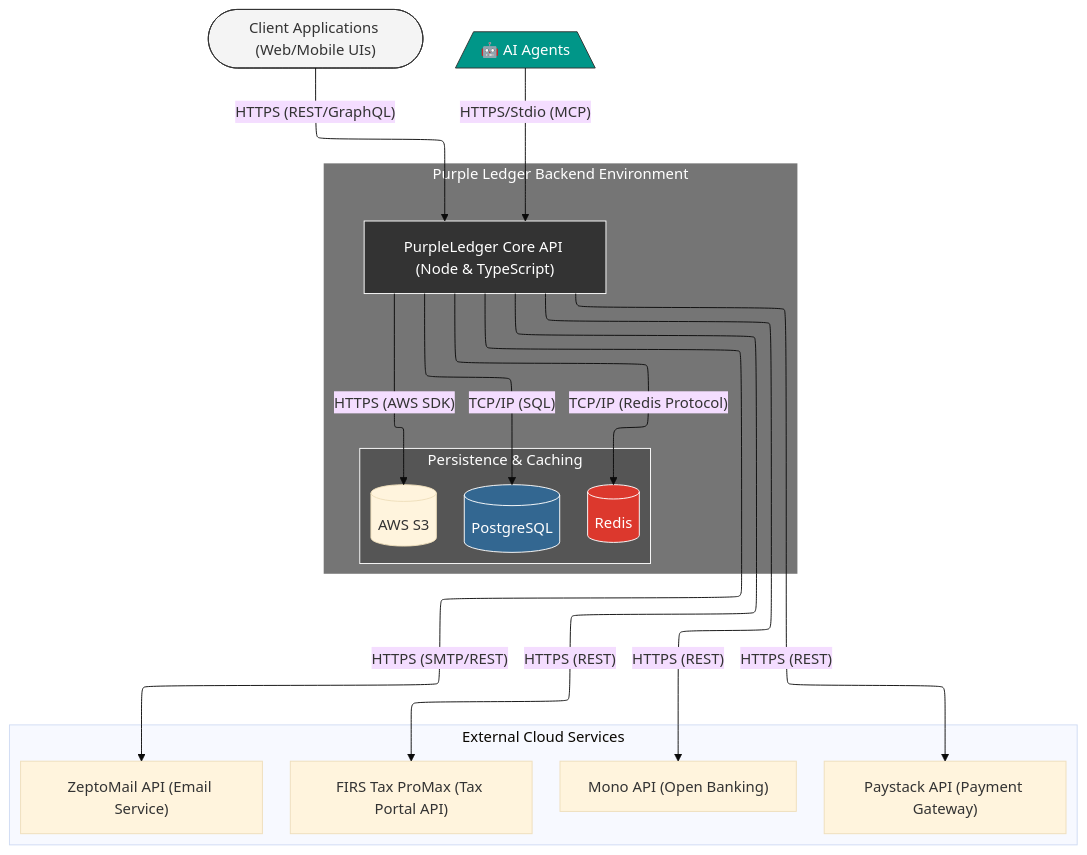
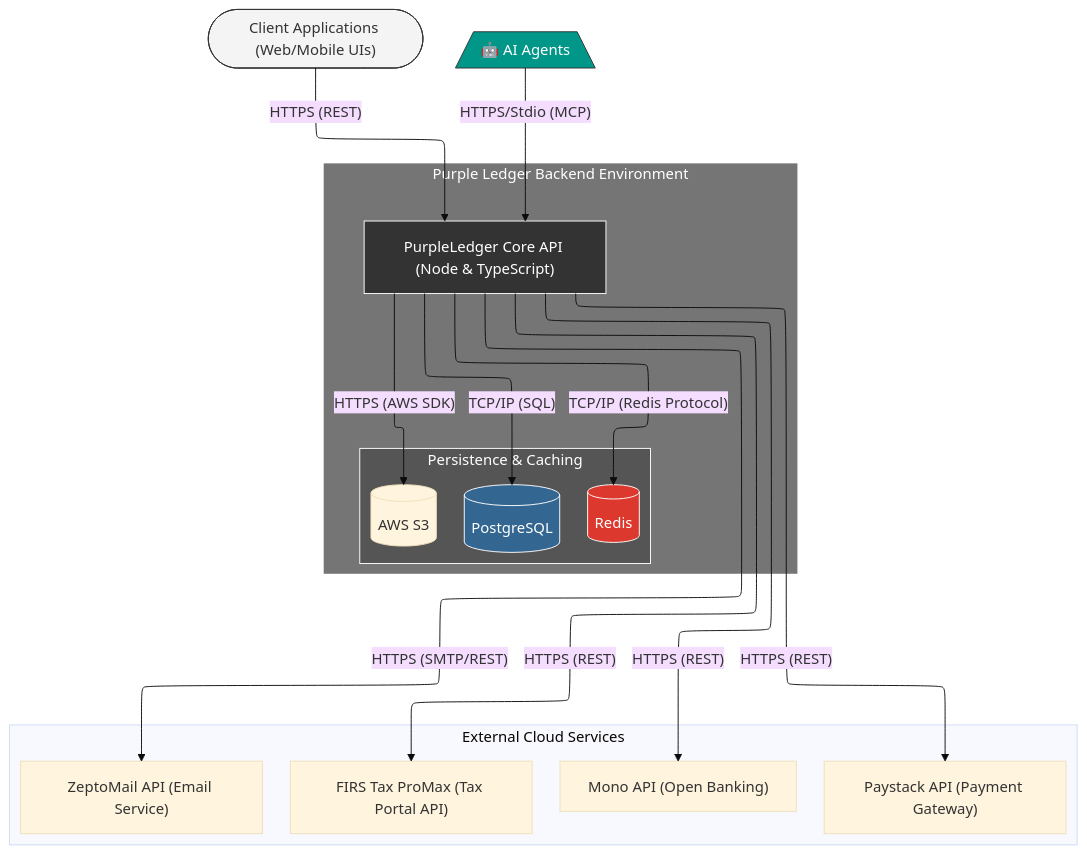
One commit to oosahon/drimsheet-core changed the diagram in docs/assets/03.2-technical-scope.mermaid. Above: the diagram before and after it, drawn with Mermaid (base theme). The commit also changed 476 other files, not shown here.

```diff
--- a/docs/assets/03.2-technical-scope.mermaid
+++ b/docs/assets/03.2-technical-scope.mermaid
@@ -1,42 +1,42 @@
 ---
 config:
   layout: elk
 ---
 flowchart TB
     ClientApp(["Client Applications (Web/Mobile UIs)"])
     AIAgents[/"🤖 AI Agents"\]
     subgraph SystemEnvironment ["Purple Ledger Backend Environment"]
         direction TB
         PurpleLedgerApp["PurpleLedger Core API (Node & TypeScript)"]
         subgraph DataLayer ["Persistence & Caching"]
             direction LR
             Postgres[(PostgreSQL)]
             Redis[(Redis)]
             S3Bucket[(AWS S3)]
         end
         
         PurpleLedgerApp -- "TCP/IP (SQL)" --> Postgres
         PurpleLedgerApp -- "TCP/IP (Redis Protocol)" --> Redis
         PurpleLedgerApp -- "HTTPS (AWS SDK)" --> S3Bucket
     end
-    ClientApp -- "HTTPS (REST/GraphQL)" --> PurpleLedgerApp
+    ClientApp -- "HTTPS (REST)" --> PurpleLedgerApp
     AIAgents -- "HTTPS/Stdio (MCP)" --> PurpleLedgerApp
     subgraph ExternalServices ["External Cloud Services"]
         direction LR
         TaxProMax["FIRS Tax ProMax (Tax Portal API)"]
         Mono["Mono API (Open Banking)"]
         ZeptoMail["ZeptoMail API (Email Service)"]
         Paystack["Paystack API (Payment Gateway)"]
     end
     
     PurpleLedgerApp -- "HTTPS (REST)" --> TaxProMax
     PurpleLedgerApp -- "HTTPS (REST)" --> Mono
     PurpleLedgerApp -- "HTTPS (SMTP/REST)" --> ZeptoMail
     PurpleLedgerApp -- "HTTPS (REST)" --> Paystack
     style PurpleLedgerApp fill:#333,stroke:#fff,color:#fff
     style ClientApp fill:#f4f4f4,stroke:#333
     style AIAgents fill:#009688,color:#fff,stroke:#333
     style Postgres fill:#336791,color:#fff,stroke:#fff
     style Redis fill:#dc382d,color:#fff,stroke:#fff
     style SystemEnvironment fill:#757575,stroke:#fff,stroke-width:2px,color:#fff
     style DataLayer fill:#555,stroke:#fff,stroke-width:1px,color:#fff
```
